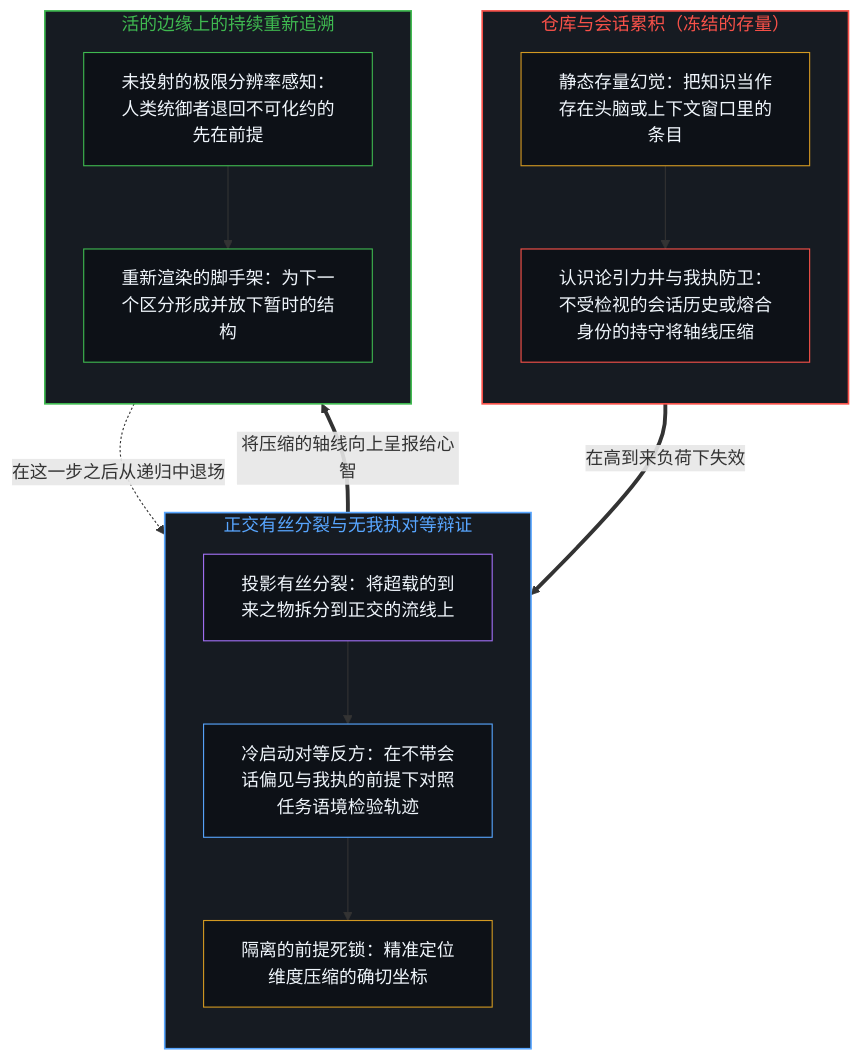
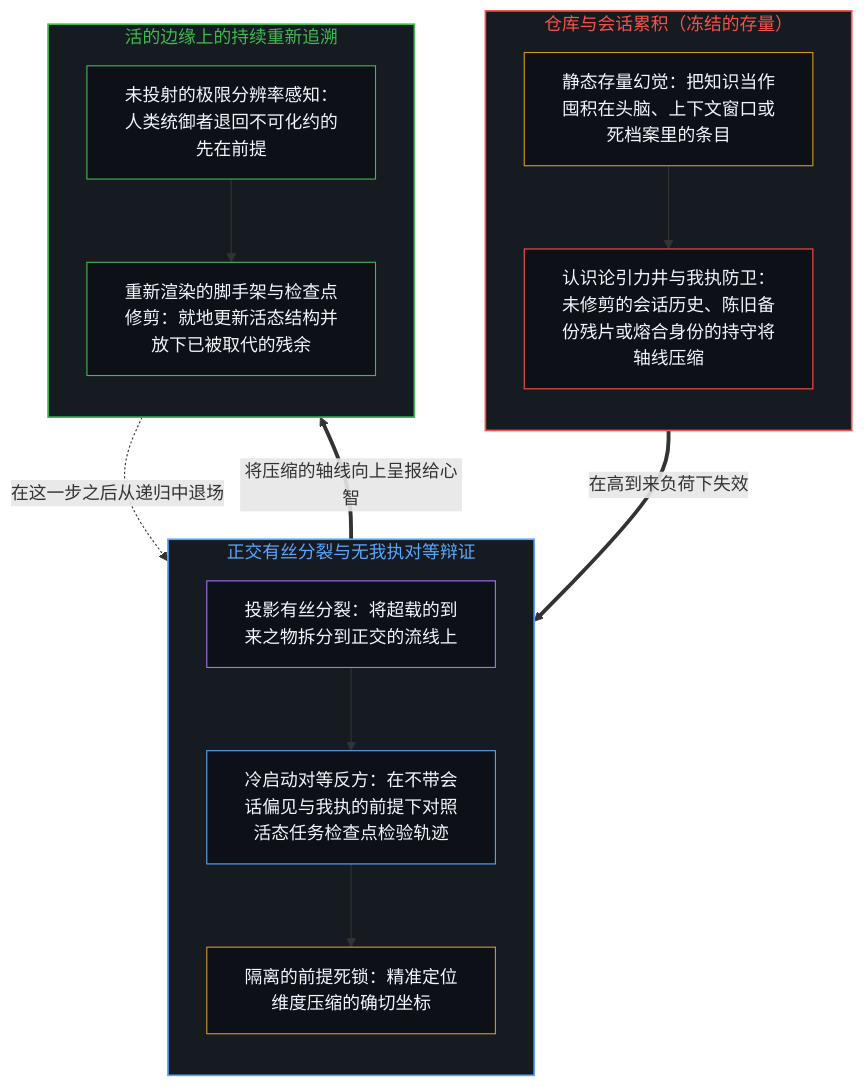
One commit to powerpig99/not-a-toe changed the first of 2 diagrams in content/posts/the-real-scarcity-is-not-memory-but-continuous-re-tracing.md. Above: the diagram before and after it, drawn with Mermaid. The commit also changed other lines of this file and 8 other files, not shown here.

````diff
--- a/content/posts/the-real-scarcity-is-not-memory-but-continuous-re-tracing.md
+++ b/content/posts/the-real-scarcity-is-not-memory-but-continuous-re-tracing.md
@@ -69,39 +69,39 @@
 ```mermaid
 flowchart TD
     subgraph S_Store["仓库与会话累积（冻结的存量）"]
         direction TB
-        Stock["静态存量幻觉：把知识当作存在头脑或上下文窗口里的条目"]
-        Well["认识论引力井与我执防卫：不受检视的会话历史或熔合身份的持守将轴线压缩"]
+        Stock["静态存量幻觉：把知识当作囤积在头脑、上下文窗口或死档案里的条目"]
+        Well["认识论引力井与我执防卫：未修剪的会话历史、陈旧备份残片或熔合身份的持守将轴线压缩"]
         Stock --> Well
     end
 
     subgraph S_Dialectics["正交有丝分裂与无我执对等辩证"]
         direction TB
         Mitosis["投影有丝分裂：将超载的到来之物拆分到正交的流线上"]
-        Peer["冷启动对等反方：在不带会话偏见与我执的前提下对照任务语境检验轨迹"]
+        Peer["冷启动对等反方：在不带会话偏见与我执的前提下对照活态任务检查点检验轨迹"]
         Deadlock["隔离的前提死锁：精准定位维度压缩的确切坐标"]
         Mitosis --> Peer --> Deadlock
     end
 
     subgraph S_Retrace["活的边缘上的持续重新追溯"]
         direction TB
         StepBack["未投射的极限分辨率感知：人类统御者退回不可化约的先在前提"]
-        Redraw["重新渲染的脚手架：为下一个区分形成并放下暂时的结构"]
+        Redraw["重新渲染的脚手架与检查点修剪：就地更新活态结构并放下已被取代的残余"]
         StepBack --> Redraw
     end
 
     Well ==>|"在高到来负荷下失效"| Mitosis
     Deadlock ==>|"将压缩的轴线向上呈报给心智"| StepBack
     Redraw -.->|"在这一步之后从递归中退场"| Mitosis
 
     style S_Store fill:#161b22,stroke:#f85149,stroke-width:1.5px,color:#f85149
     style S_Dialectics fill:#161b22,stroke:#58a6ff,stroke-width:1.5px,color:#58a6ff
     style S_Retrace fill:#161b22,stroke:#3fb950,stroke-width:1.5px,color:#3fb950
     style Stock fill:#0d1117,stroke:#d29922,stroke-width:1px,color:#f0f6fc
     style Well fill:#0d1117,stroke:#f85149,stroke-width:1px,color:#f0f6fc
     style Mitosis fill:#0d1117,stroke:#a371f7,stroke-width:1px,color:#f0f6fc
     style Peer fill:#0d1117,stroke:#58a6ff,stroke-width:1px,color:#f0f6fc
     style Deadlock fill:#0d1117,stroke:#d29922,stroke-width:1px,color:#f0f6fc
     style StepBack fill:#0d1117,stroke:#3fb950,stroke-width:1px,color:#f0f6fc
     style Redraw fill:#0d1117,stroke:#3fb950,stroke-width:1px,color:#f0f6fc
 ```
````
